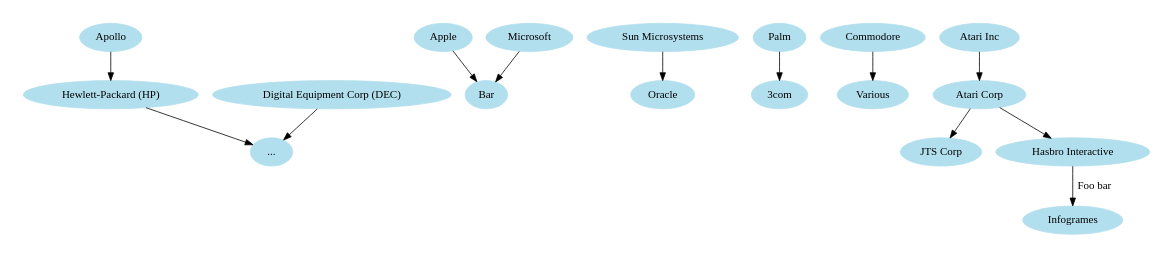
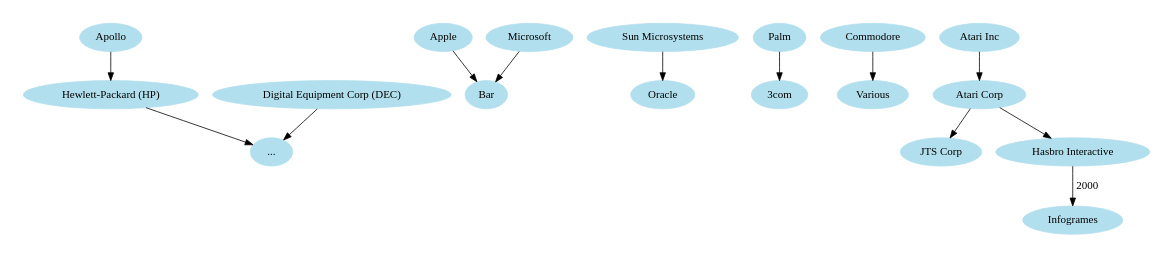
One commit to codejake/tech-companies-family-tree changed the diagram in tech-companies.dot. Above: the diagram before and after it, drawn with Graphviz. The commit also changed 1 other file, not shown here.

```diff
--- a/tech-companies.dot
+++ b/tech-companies.dot
@@ -1,17 +1,17 @@
 digraph techcompanies {
     size="6,6";
     node [color=lightblue2, style=filled];
     "Apollo" -> "Hewlett-Packard (HP)"; /* Founded 1980, Acquired 1989 */
     "Digital Equipment Corp (DEC)" -> "...";
     "Hewlett-Packard (HP)" -> "...";
     "Apple" -> "Bar";
     "Microsoft" -> "Bar";
     "Sun Microsystems" -> "Oracle";
     "Palm" -> "3com";
     "Commodore" -> "Various";
     "Atari Inc" -> "Atari Corp";
     "Atari Corp" -> "JTS Corp";
     "Atari Corp" -> "Hasbro Interactive";
-    "Hasbro Interactive" -> "Infogrames" [label="Foo bar"];
+    "Hasbro Interactive" -> "Infogrames" [label="2000"];
 
 }
```
